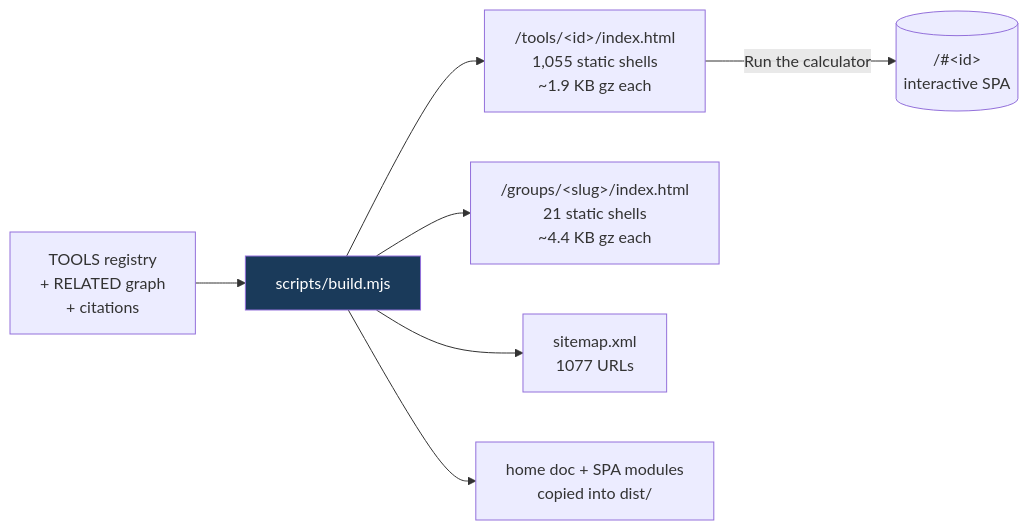
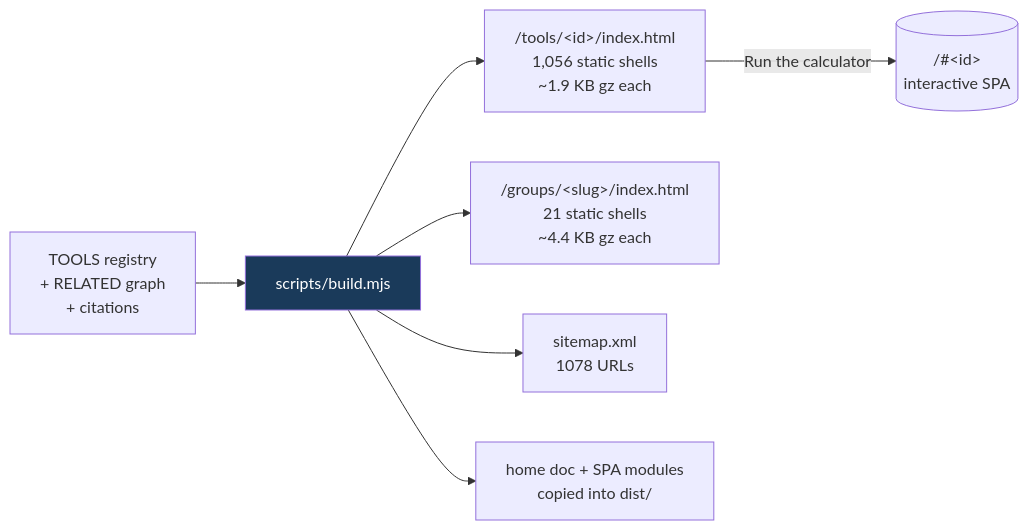
One commit to clay-good/roughlogic.com changed the fifth of 8 diagrams in README.md. Above: the diagram before and after it, drawn with Mermaid. The commit also changed other lines of this file and 13 other files, not shown here.

````diff
--- a/README.md
+++ b/README.md
@@ -495,10 +495,10 @@
 ```mermaid
 flowchart LR
     SRC[TOOLS registry\n+ RELATED graph\n+ citations] --> BUILD[scripts/build.mjs]
-    BUILD --> TILE["/tools/&lt;id&gt;/index.html\n1,055 static shells\n~1.9 KB gz each"]
+    BUILD --> TILE["/tools/&lt;id&gt;/index.html\n1,056 static shells\n~1.9 KB gz each"]
     BUILD --> GROUP["/groups/&lt;slug&gt;/index.html\n21 static shells\n~4.4 KB gz each"]
-    BUILD --> MAP["sitemap.xml\n1077 URLs"]
+    BUILD --> MAP["sitemap.xml\n1078 URLs"]
     BUILD --> COPY[home doc + SPA modules\ncopied into dist/]
     TILE -->|Run the calculator| SPA[("/#&lt;id&gt;\ninteractive SPA")]
     style BUILD fill:#1a3a5a,color:#fff
 ```
````
